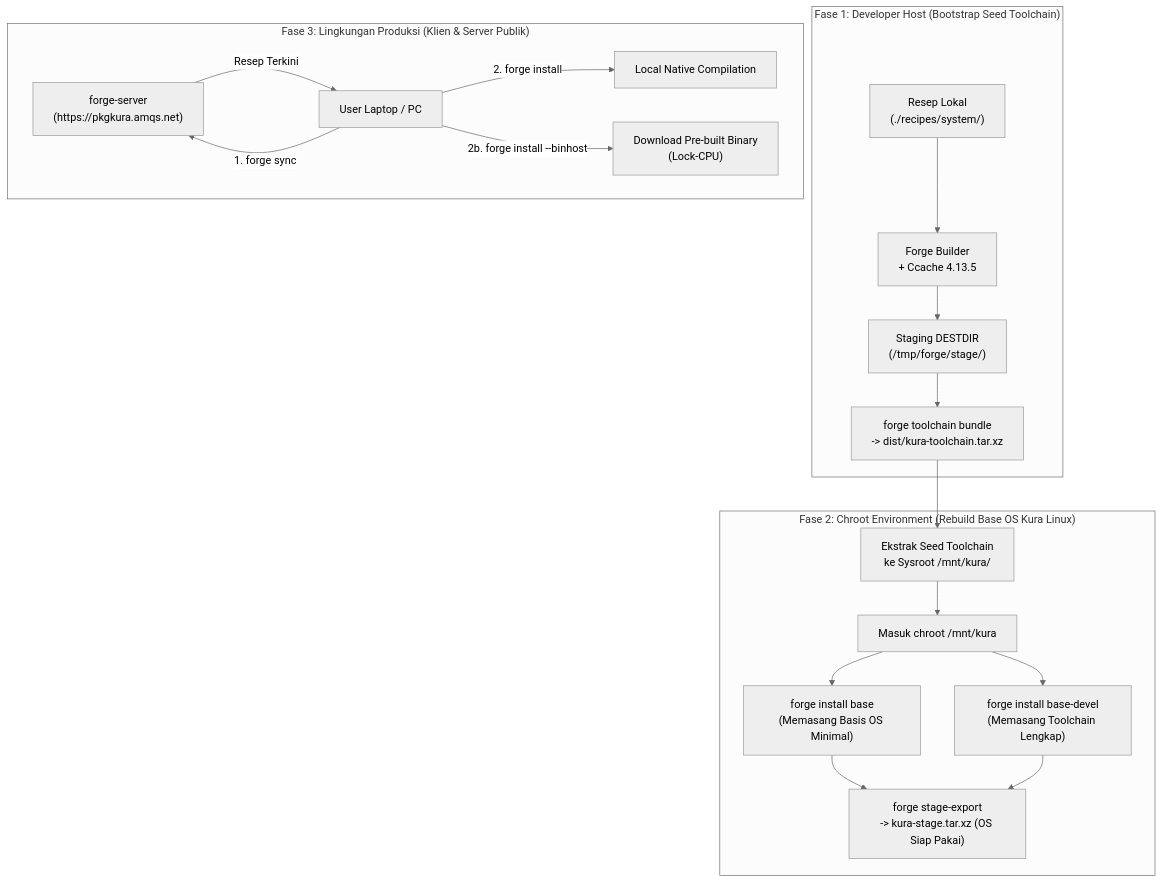
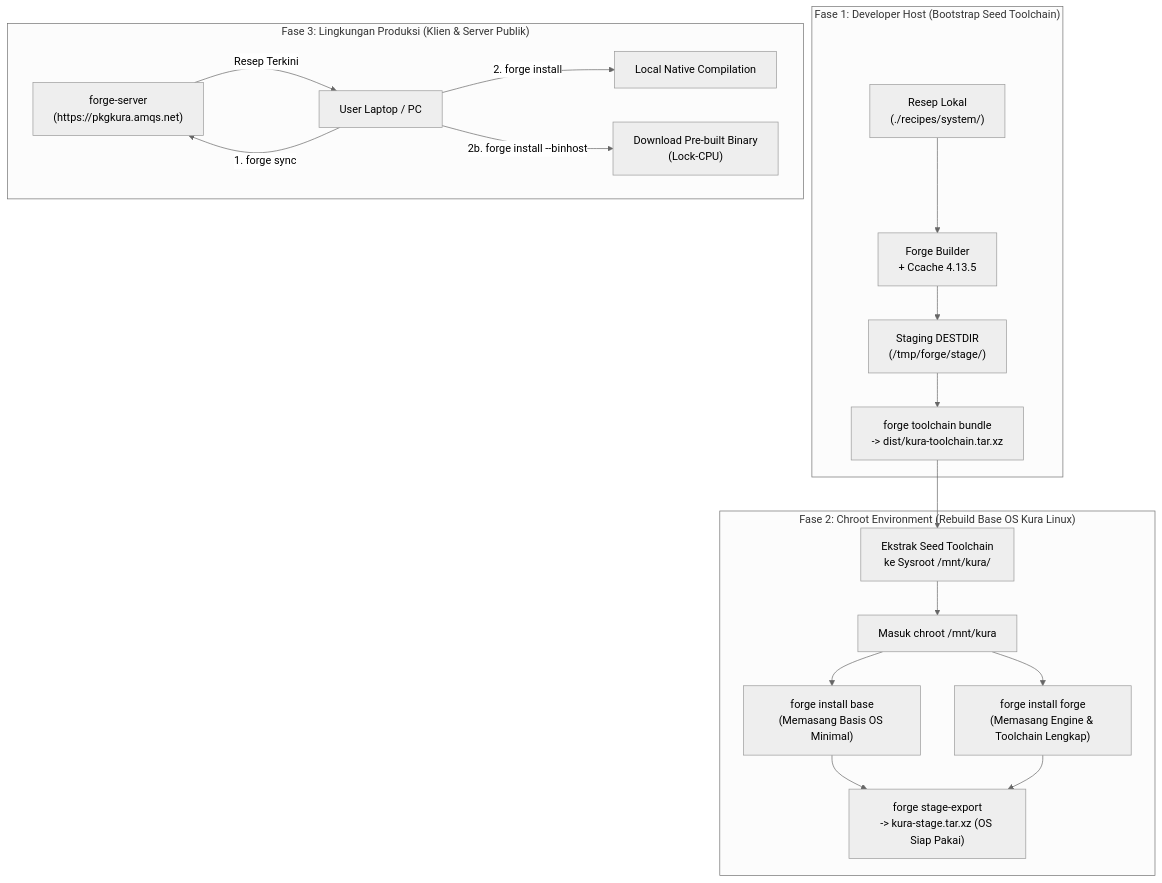
Before and after one commit to inimuqsith/Forge: the first of 5 diagrams in ARCHITECTURE.md, drawn with Mermaid (neutral theme). The commit also changed other lines of this file and 10 other files, not shown here.

Commit message:
feat(recipe): merge compilation toolchain into forge and eliminate base-devel (ADR-089)

````diff
--- a/ARCHITECTURE.md
+++ b/ARCHITECTURE.md
@@ -72,25 +72,25 @@
 ```mermaid
 flowchart TD
     subgraph EPOCH_1["Fase 1: Developer Host (Bootstrap Seed Toolchain)"]
         A["Resep Lokal\n(./recipes/system/)"] --> B["Forge Builder\n+ Ccache 4.13.5"]
         B --> C["Staging DESTDIR\n(/tmp/forge/stage/)"]
         C --> D["forge toolchain bundle\n-> dist/kura-toolchain.tar.xz"]
     end
 
     subgraph EPOCH_2["Fase 2: Chroot Environment (Rebuild Base OS Kura Linux)"]
         D --> E["Ekstrak Seed Toolchain\nke Sysroot /mnt/kura/"]
         E --> F["Masuk chroot /mnt/kura"]
         F --> G["forge install base\n(Memasang Basis OS Minimal)"]
-        F --> H["forge install base-devel\n(Memasang Toolchain Lengkap)"]
+        F --> H["forge install forge\n(Memasang Engine & Toolchain Lengkap)"]
         G & H --> I["forge stage-export\n-> kura-stage.tar.xz (OS Siap Pakai)"]
     end
 
     subgraph EPOCH_3["Fase 3: Lingkungan Produksi (Klien & Server Publik)"]
         J["forge-server\n(https://pkgkura.amqs.net)"]
         K["User Laptop / PC"]
         K -- "1. forge sync" --> J
         J -- "Resep Terkini" --> K
         K -- "2. forge install <pkg>" --> L["Local Native Compilation"]
         K -- "2b. forge install --binhost" --> M["Download Pre-built Binary\n(Lock-CPU)"]
     end
 ```
````
